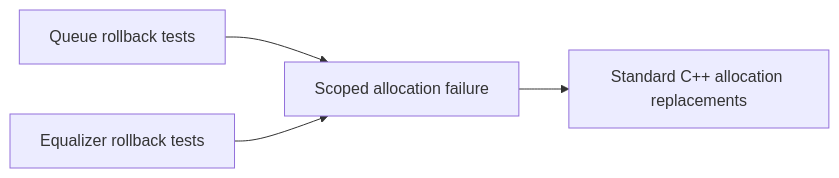
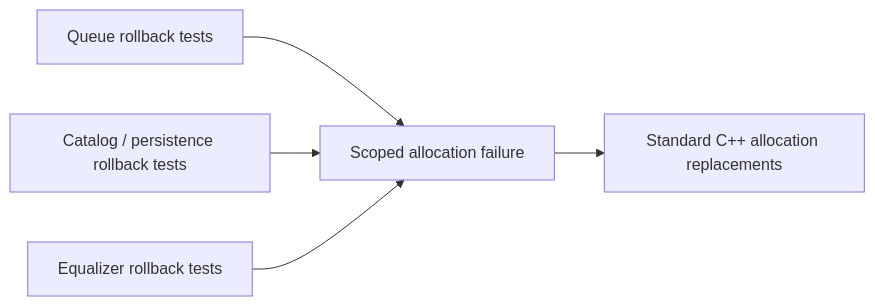
The diagram in tests/support/README.md (Vokerlee/wiola-player), drawn with Mermaid before and after one commit. The commit also changed other lines of this file and 5 other files, not shown here.

````diff
--- a/tests/support/README.md
+++ b/tests/support/README.md
@@ -5,6 +5,7 @@
 ```mermaid
 flowchart LR
     Queue[Queue rollback tests] --> Witness[Scoped allocation failure]
+    Catalog[Catalog / persistence rollback tests] --> Witness
     Audio[Equalizer rollback tests] --> Witness
     Witness --> Replacements[Standard C++ allocation replacements]
 ```
````
